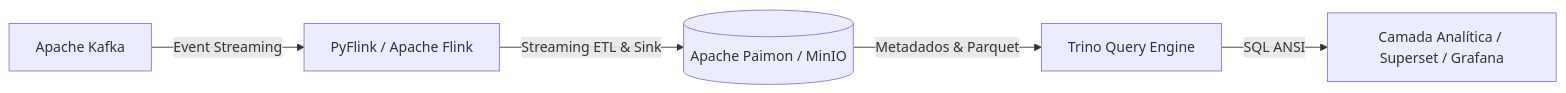
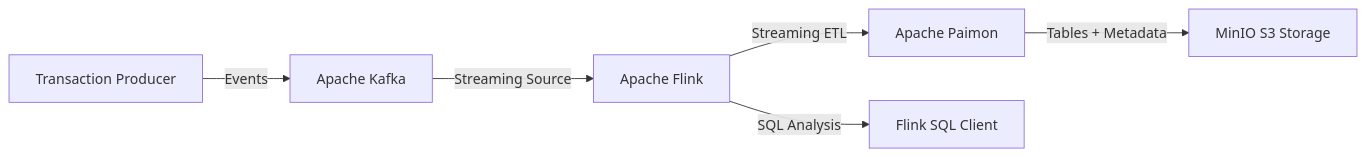
One commit to luccappaz/Finstream changed the diagram in README.md. Above: the diagram before and after it, drawn with Mermaid. The commit also changed other lines of this file and 2 other files, not shown here.

````diff
--- a/README.md
+++ b/README.md
@@ -13,7 +21,13 @@
 ```mermaid
 graph LR
-    A[Apache Kafka] -->|Event Streaming| B[PyFlink / Apache Flink]
-    B -->|Streaming ETL & Sink| C[(Apache Paimon / MinIO)]
-    C -->|Metadados & Parquet| D[Trino Query Engine]
-    D -->|SQL ANSI| E[Camada Analítica / Superset / Grafana]
+
+    A[Transaction Producer] -->|Events| B[Apache Kafka]
+
+    B -->|Streaming Source| C[Apache Flink]
+
+    C -->|Streaming ETL| D[Apache Paimon]
+
+    D -->|Tables + Metadata| E[MinIO S3 Storage]
+
+    C -->|SQL Analysis| F[Flink SQL Client]
 ```
````
